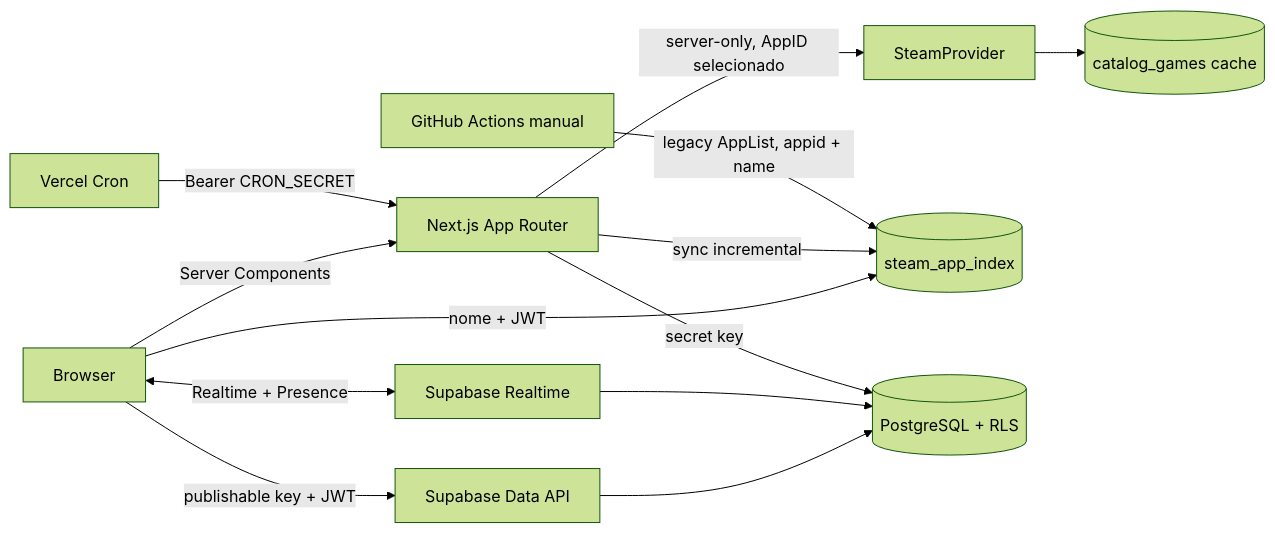
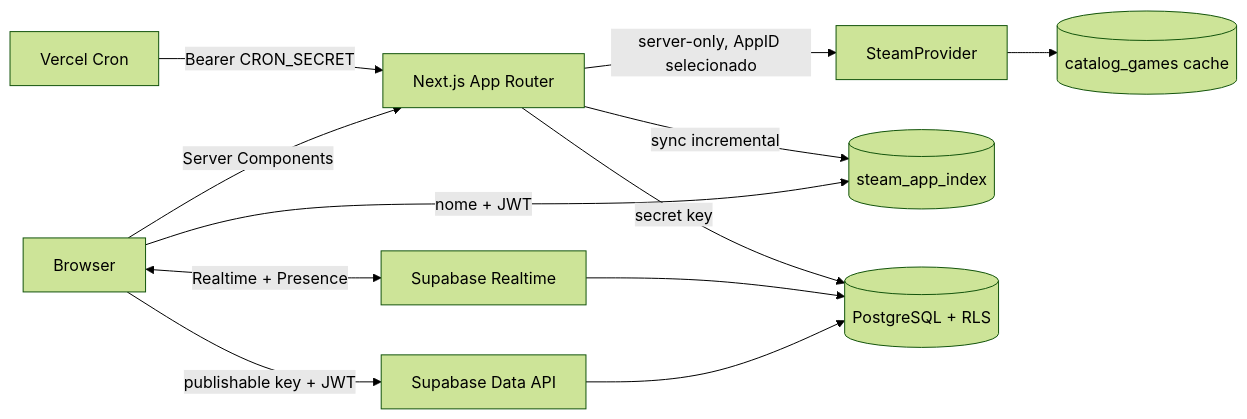
One commit to guisba/Listed changed the diagram in docs/architecture.md. Above: the diagram before and after it, drawn with Mermaid (forest theme). The commit also changed other lines of this file and 14 other files, not shown here.

````diff
--- a/docs/architecture.md
+++ b/docs/architecture.md
@@ -5,15 +5,14 @@
 ```mermaid
 flowchart LR
   B[Browser] -->|Server Components| N[Next.js App Router]
   B -->|publishable key + JWT| S[Supabase Data API]
   B <-->|Realtime + Presence| R[Supabase Realtime]
   N -->|server-only, AppID selecionado| ST[SteamProvider]
   ST --> C[(catalog_games cache)]
   B -->|nome + JWT| I[(steam_app_index)]
   N -->|sync incremental| I
-  G[GitHub Actions manual] -->|legacy AppList, appid + name| I
   S --> P[(PostgreSQL + RLS)]
   R --> P
   V[Vercel Cron] -->|Bearer CRON_SECRET| N
   N -->|secret key| P
 ```
````
